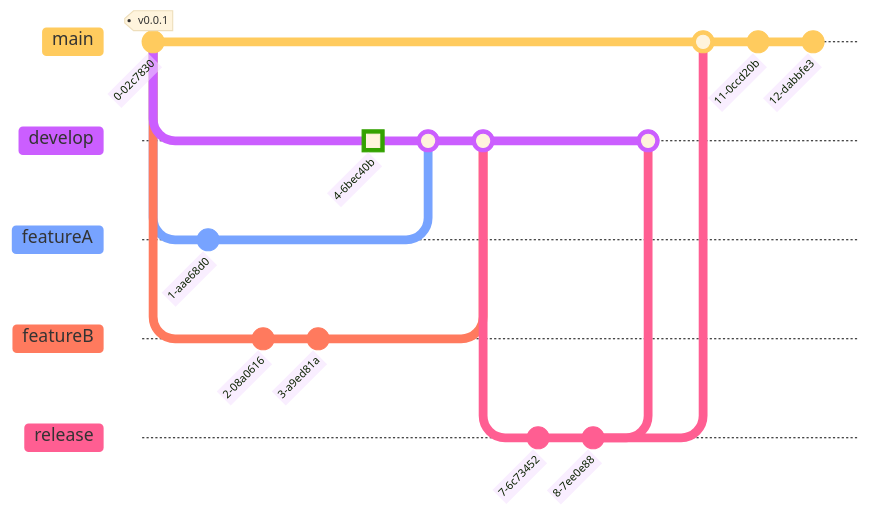
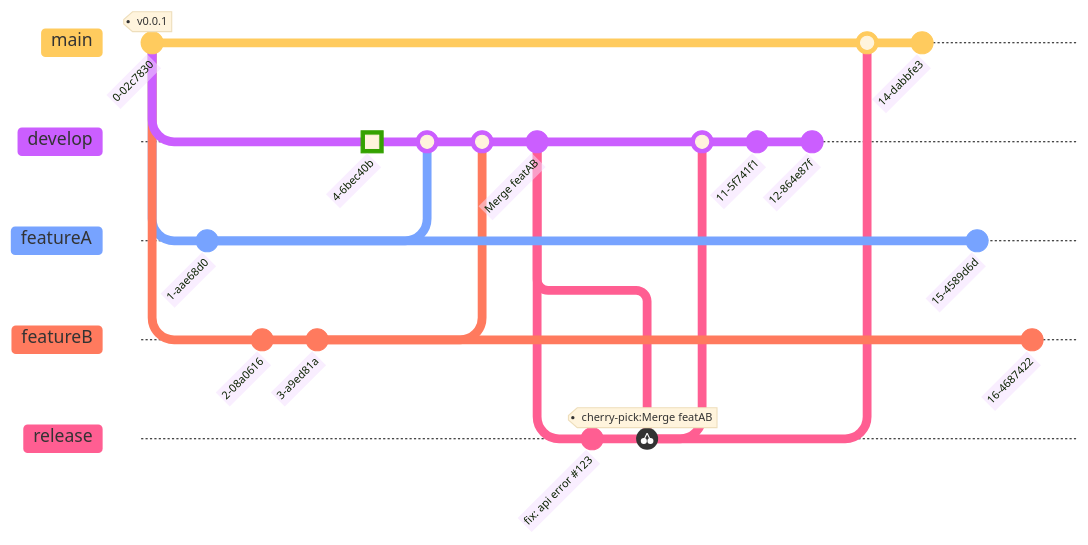
One commit to Duc-Developer/development-diagrams changed the first of 2 diagrams in gitflow/README.md. Above: the diagram before and after it, drawn with Mermaid. Commit ids are hidden.

Commit message:
add flow

````diff
--- a/gitflow/README.md
+++ b/gitflow/README.md
@@ -26,27 +26,33 @@
 ```mermaid
 %%{init: { 'logLevel': 'debug', 'theme': 'base', 'gitGraph': {'showBranches': true, 'showCommitLabel':true,'mainBranchName': 'main'}} }%%
       gitGraph
         commit tag:"v0.0.1"
         branch develop
         branch featureA
         branch featureB
         checkout featureA
         commit
         checkout featureB
         commit
         commit
         checkout develop
         commit type: HIGHLIGHT
         merge featureA
         merge featureB
+        commit id:"Merge featAB"
         branch release
         checkout release
-        commit "fix: api error #123"
-        commit
+        commit id:"fix: api error #123"
+        cherry-pick id:"Merge featAB"
         checkout develop
         merge release
+        commit
+        commit
         checkout main
         merge release
         commit
+        checkout featureA
+        commit
+        checkout featureB
         commit
 ```
````
